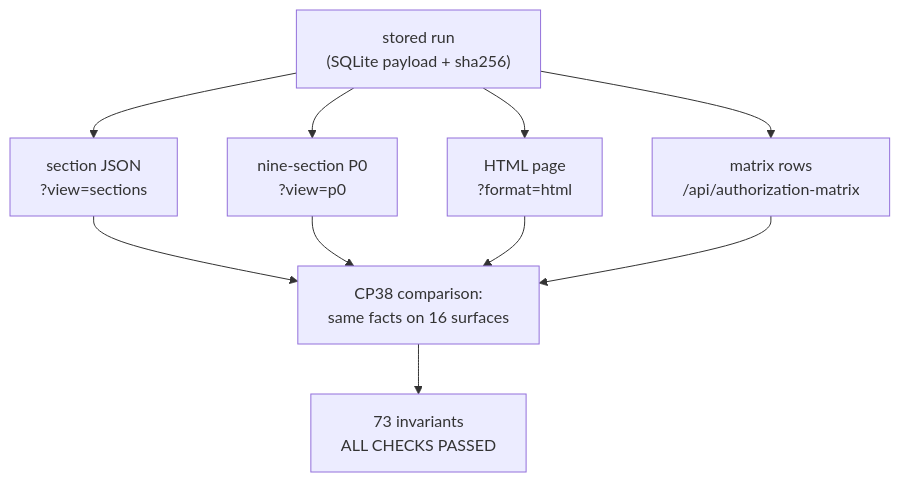
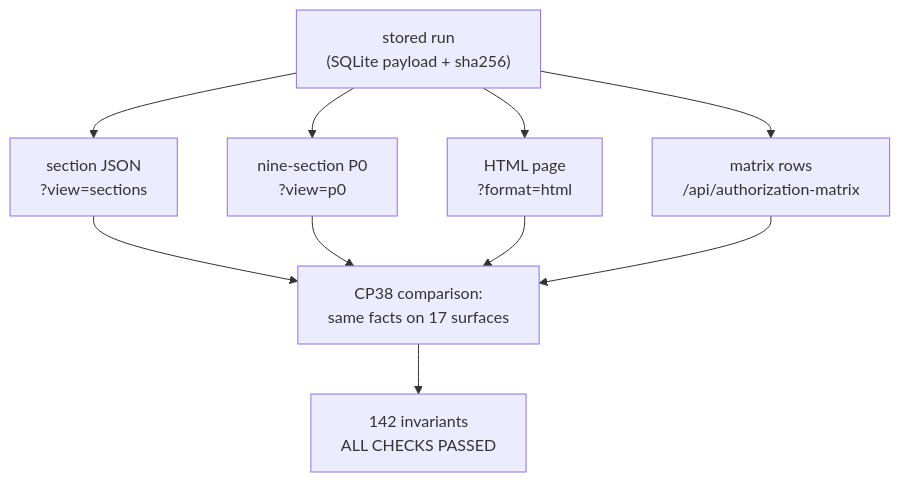
Before and after one commit to Ace-095/Hackfusion_30102026: the tenth of 10 diagrams in docs/CANARYGATE_COMPLETE_TECHNICAL_GUIDE.md, drawn with Mermaid. The commit also changed other lines of this file and 6 other files, not shown here.

````diff
--- a/docs/CANARYGATE_COMPLETE_TECHNICAL_GUIDE.md
+++ b/docs/CANARYGATE_COMPLETE_TECHNICAL_GUIDE.md
@@ -1827,12 +1827,12 @@
 ```mermaid
 flowchart TD
     RUN["stored run<br/>(SQLite payload + sha256)"] --> SEC["section JSON<br/>?view=sections"]
     RUN --> P0["nine-section P0<br/>?view=p0"]
     RUN --> HTML["HTML page<br/>?format=html"]
     RUN --> M["matrix rows<br/>/api/authorization-matrix"]
-    SEC --> CMP["CP38 comparison:<br/>same facts on 16 surfaces"]
+    SEC --> CMP["CP38 comparison:<br/>same facts on 17 surfaces"]
     P0 --> CMP
     HTML --> CMP
     M --> CMP
-    CMP --> J["73 invariants<br/>ALL CHECKS PASSED"]
+    CMP --> J["142 invariants<br/>ALL CHECKS PASSED"]
 ```
````
